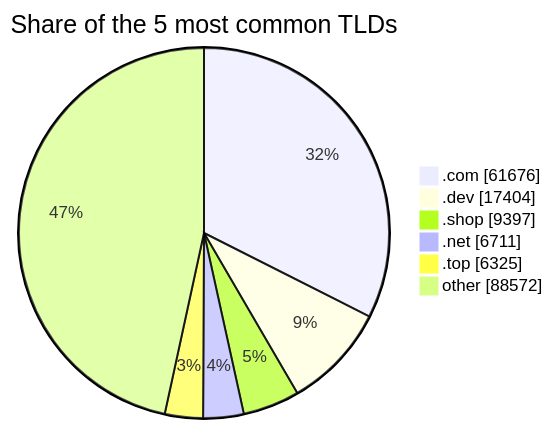
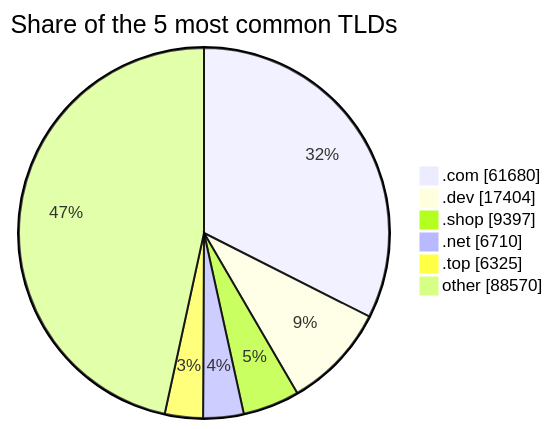
Before and after one commit to DNSBunker/CTI: the third of 3 diagrams in README.md, drawn with Mermaid. The commit also changed other lines of this file and 3 other files, not shown here.

````diff
--- a/README.md
+++ b/README.md
@@ -81,9 +81,9 @@
 ```mermaid
 pie showData title Share of the 5 most common TLDs
-    ".com" : 61676
+    ".com" : 61680
     ".dev" : 17404
     ".shop" : 9397
-    ".net" : 6711
+    ".net" : 6710
     ".top" : 6325
-    "other" : 88572
+    "other" : 88570
 ```
````
